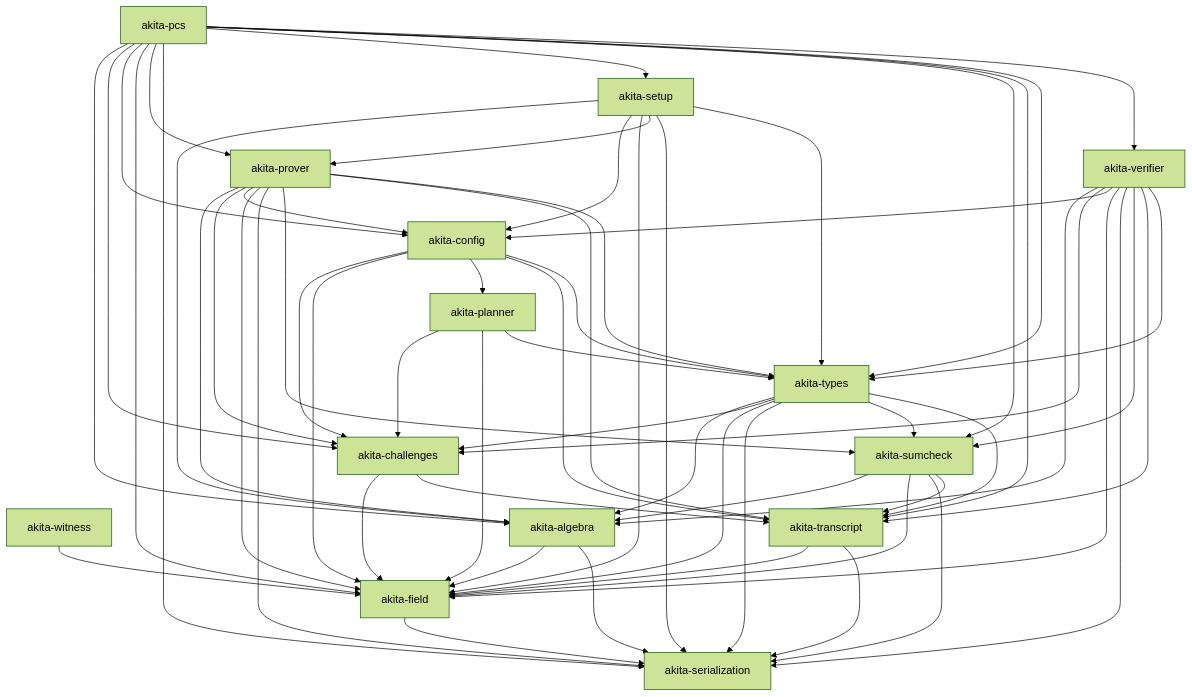
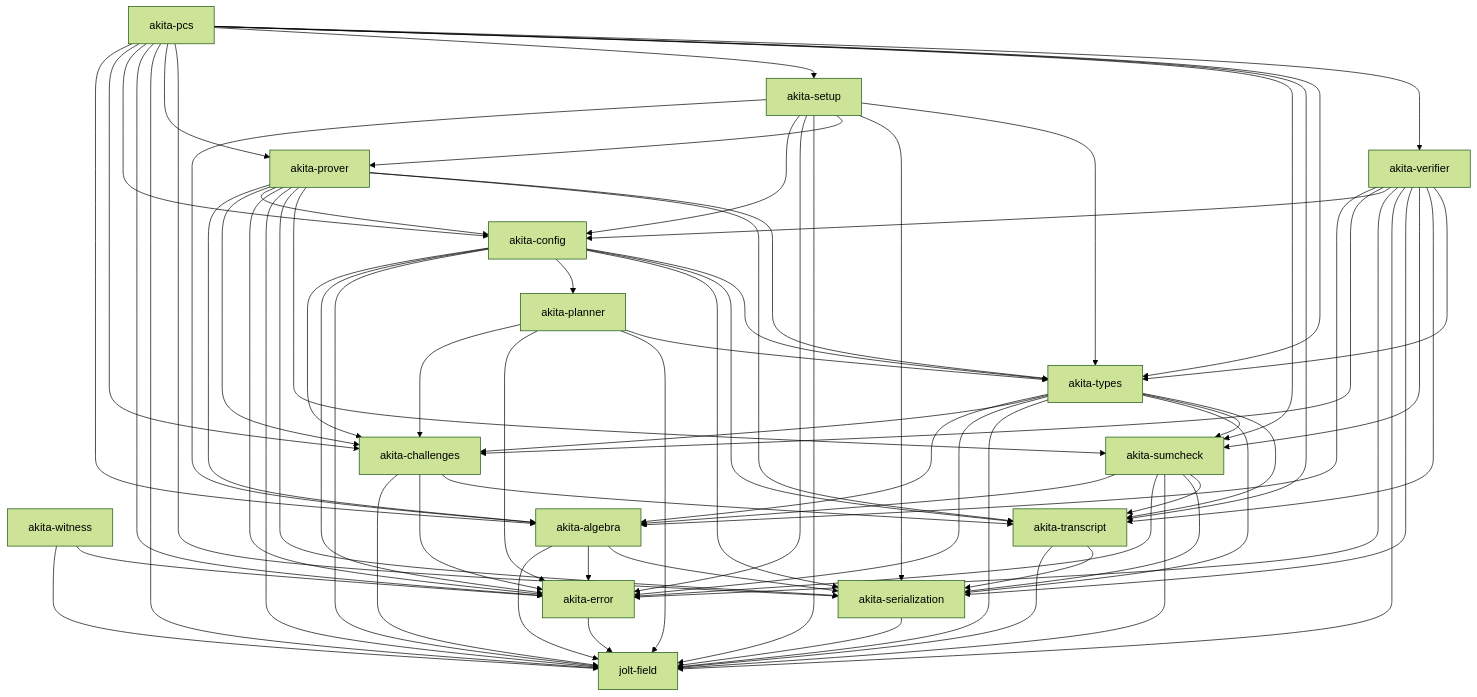
The diagram in docs/crate-graph.md (LayerZero-Labs/akita), drawn with Mermaid (forest theme) before and after one commit. The commit also changed other lines of this file and 16 other files, not shown here.

````diff
--- a/docs/crate-graph.md
+++ b/docs/crate-graph.md
@@ -34,7 +35,8 @@
 ```mermaid
 graph TD
   Ser["akita-serialization"]
-  Field["akita-field"]
+  Error["akita-error"]
+  Field["jolt-field"]
   Witness["akita-witness"]
   Algebra["akita-algebra"]
   Transcript["akita-transcript"]
@@ -48,35 +50,45 @@
   Setup["akita-setup"]
   Pcs["akita-pcs"]
 
-  Field --> Ser
+  Ser --> Field
+  Error --> Field
   Witness --> Field
+  Witness --> Error
   Algebra --> Field
+  Algebra --> Error
   Algebra --> Ser
   Transcript --> Field
   Transcript --> Ser
   Challenges --> Field
+  Challenges --> Error
   Challenges --> Transcript
   Sumcheck --> Algebra
+  Sumcheck --> Error
   Sumcheck --> Field
   Sumcheck --> Ser
   Sumcheck --> Transcript
   Types --> Algebra
   Types --> Challenges
+  Types --> Error
   Types --> Field
   Types --> Ser
   Types --> Sumcheck
   Types --> Transcript
   Planner --> Challenges
+  Planner --> Error
   Planner --> Field
   Planner --> Types
   Config --> Challenges
+  Config --> Error
   Config --> Field
   Config --> Planner
+  Config --> Ser
   Config --> Transcript
   Config --> Types
   Verifier --> Algebra
   Verifier --> Challenges
   Verifier --> Config
+  Verifier --> Error
   Verifier --> Field
   Verifier --> Ser
   Verifier --> Sumcheck
@@ -85,6 +97,7 @@
   Prover --> Algebra
   Prover --> Challenges
   Prover --> Config
+  Prover --> Error
   Prover --> Field
   Prover --> Ser
   Prover --> Sumcheck
@@ -92,6 +105,7 @@
   Prover --> Types
   Setup --> Algebra
   Setup --> Config
+  Setup --> Error
   Setup --> Field
   Setup --> Prover
   Setup --> Ser
@@ -99,6 +113,7 @@
   Pcs --> Algebra
   Pcs --> Challenges
   Pcs --> Config
+  Pcs --> Error
   Pcs --> Field
   Pcs --> Prover
   Pcs --> Ser
````
